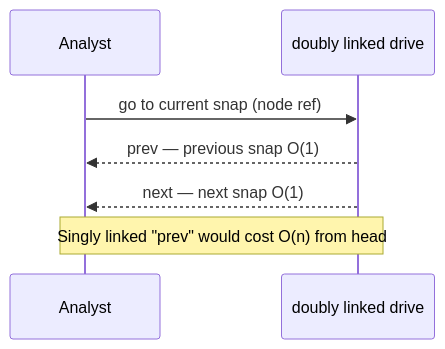
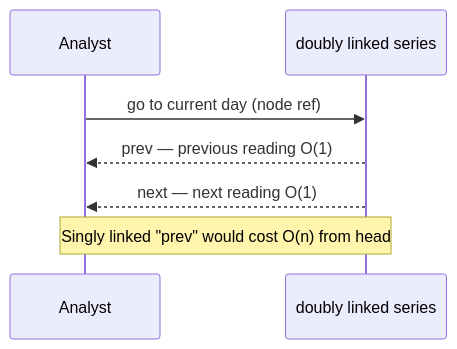
One commit to qgjones9/python-programming-guide changed the second of 10 diagrams in docs/dsa/data-structures/doubly-linked-list/index.md. Above: the diagram before and after it, drawn with Mermaid. The commit also changed other lines of this file and 6 other files, not shown here.

````diff
--- a/docs/dsa/data-structures/doubly-linked-list/index.md
+++ b/docs/dsa/data-structures/doubly-linked-list/index.md
@@ -60,9 +54,9 @@
 ```mermaid
 sequenceDiagram
   participant Analyst
-  participant DLL as doubly linked drive
-  Analyst->>DLL: go to current snap (node ref)
-  DLL-->>Analyst: prev — previous snap O(1)
-  DLL-->>Analyst: next — next snap O(1)
+  participant DLL as doubly linked series
+  Analyst->>DLL: go to current day (node ref)
+  DLL-->>Analyst: prev — previous reading O(1)
+  DLL-->>Analyst: next — next reading O(1)
   Note over Analyst,DLL: Singly linked "prev" would cost O(n) from head
 ```
````
